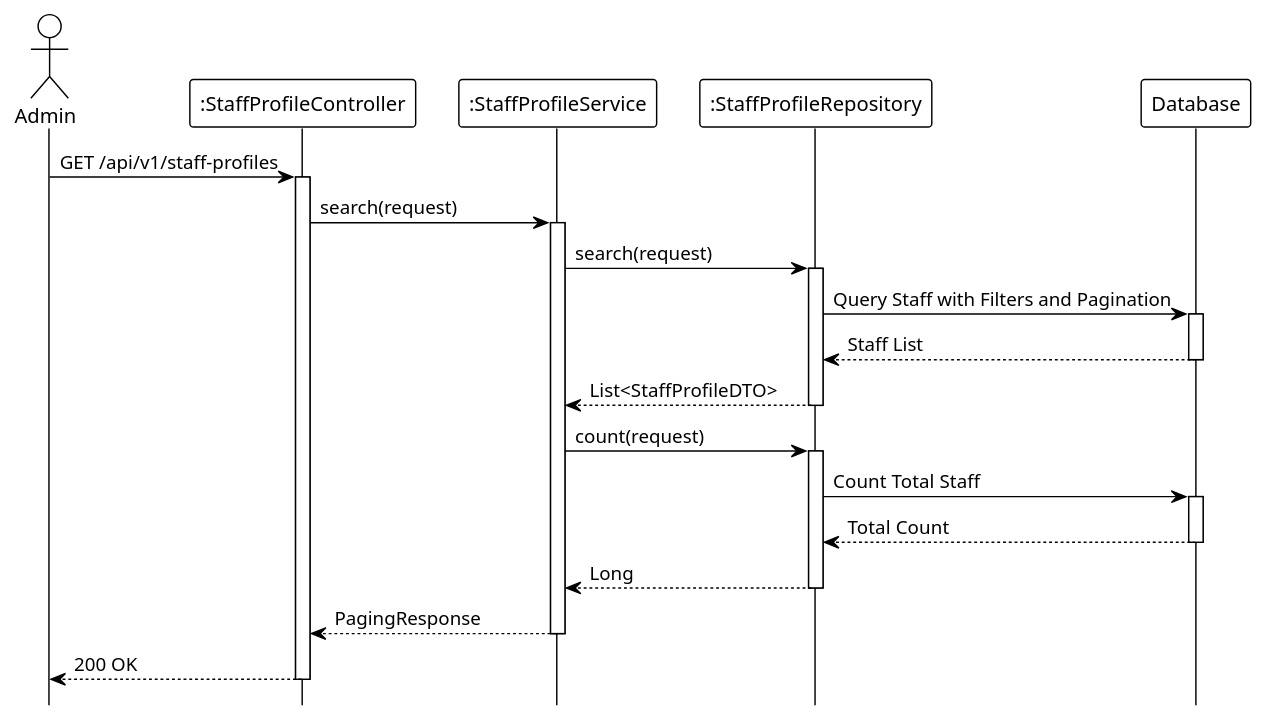
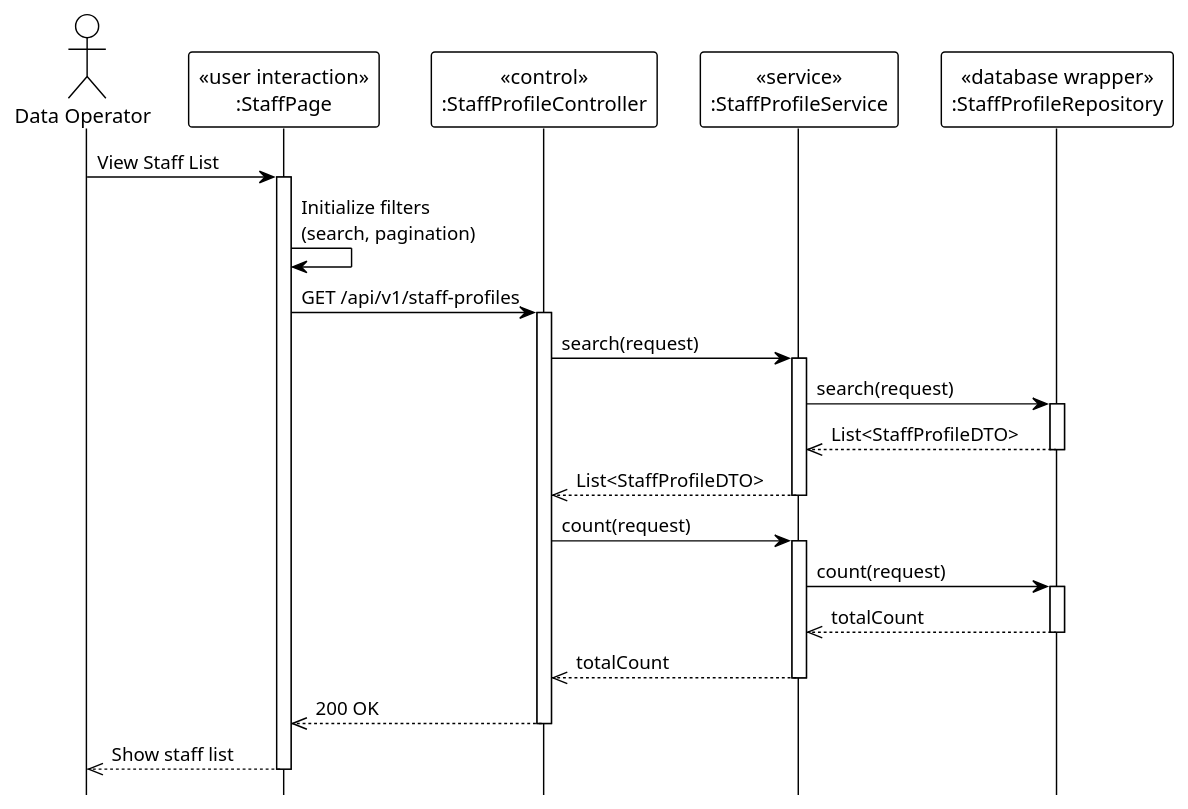
One commit to Ndh474/context changed the diagram in system_detailed_design/49_view_list_staff/sequence_diagram_view_list_staff.puml. Above: the diagram before and after it, drawn with PlantUML. The commit also changed 14 other files, not shown here.

Commit message:
docs: Add system detailed design sequence and class diagrams for student and staff management features.

```diff
--- a/system_detailed_design/49_view_list_staff/sequence_diagram_view_list_staff.puml
+++ b/system_detailed_design/49_view_list_staff/sequence_diagram_view_list_staff.puml
@@ -1,47 +1,51 @@
 @startuml view_list_staff
 !theme plain
 hide footbox
 
-actor Admin
-participant ":StaffProfileController" as Controller
-participant ":StaffProfileService" as Service
-participant ":StaffProfileRepository" as Repository
-participant "Database" as DB
+actor "Data Operator" as Admin
+
+participant "«user interaction»\n:StaffPage" as UI
+participant "«control»\n:StaffProfileController" as Controller
+participant "«service»\n:StaffProfileService" as Service
+participant "«database wrapper»\n:StaffProfileRepository" as Repository
 
 ' --- MAIN FLOW ---
-Admin -> Controller: GET /api/v1/staff-profiles
+Admin -> UI: View Staff List
+activate UI
+
+UI -> UI: Initialize filters\n(search, pagination)
+
+UI -> Controller: GET /api/v1/staff-profiles
 activate Controller
 
 Controller -> Service: search(request)
 activate Service
 
 ' --- SEARCH QUERY ---
 Service -> Repository: search(request)
 activate Repository
+Repository -->> Service: List<StaffProfileDTO>
+deactivate Repository
 
-Repository -> DB: Query Staff with Filters and Pagination
-activate DB
-DB --> Repository: Staff List
-deactivate DB
+Service -->> Controller: List<StaffProfileDTO>
+deactivate Service
 
-Repository --> Service: List<StaffProfileDTO>
-deactivate Repository
+' --- COUNT QUERY ---
+Controller -> Service: count(request)
+activate Service
 
 Service -> Repository: count(request)
 activate Repository
-
-Repository -> DB: Count Total Staff
-activate DB
-DB --> Repository: Total Count
-deactivate DB
-
-Repository --> Service: Long
+Repository -->> Service: totalCount
 deactivate Repository
 
-Service --> Controller: PagingResponse
+Service -->> Controller: totalCount
 deactivate Service
 
-Controller --> Admin: 200 OK
+Controller -->> UI: 200 OK
 deactivate Controller
 
+UI -->> Admin: Show staff list
+deactivate UI
+
 @enduml
```
